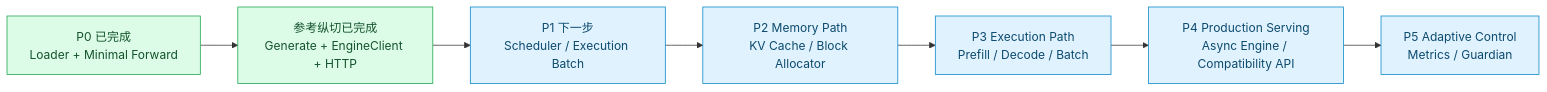
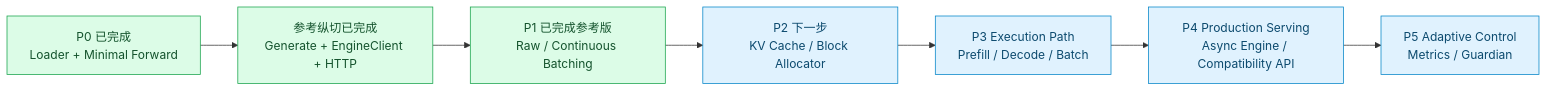
The sixth of 11 diagrams in docs/design.md (poorpaper/light-vllm), drawn with Mermaid before and after one commit. The commit also changed other lines of this file and 19 other files, not shown here.

Commit message:
feat: add iteration-level continuous batching

````diff
--- a/docs/design.md
+++ b/docs/design.md
@@ -242,14 +253,14 @@
 ```mermaid
 flowchart LR
     P0["P0 已完成<br/>Loader + Minimal Forward"] --> Slice["参考纵切已完成<br/>Generate + EngineClient + HTTP"]
-    Slice --> P1["P1 下一步<br/>Scheduler / Execution Batch"]
-    P1 --> P2["P2 Memory Path<br/>KV Cache / Block Allocator"]
+    Slice --> P1["P1 已完成参考版<br/>Raw / Continuous Batching"]
+    P1 --> P2["P2 下一步<br/>KV Cache / Block Allocator"]
     P2 --> P3["P3 Execution Path<br/>Prefill / Decode / Batch"]
     P3 --> P4["P4 Production Serving<br/>Async Engine / Compatibility API"]
     P4 --> P5["P5 Adaptive Control<br/>Metrics / Guardian"]
 
     classDef done fill:#dcfce7,stroke:#16a34a,color:#14532d;
     classDef next fill:#e0f2fe,stroke:#0284c7,color:#0c4a6e;
-    class P0,Slice done;
-    class P1,P2,P3,P4,P5 next;
+    class P0,Slice,P1 done;
+    class P2,P3,P4,P5 next;
 ```
````
